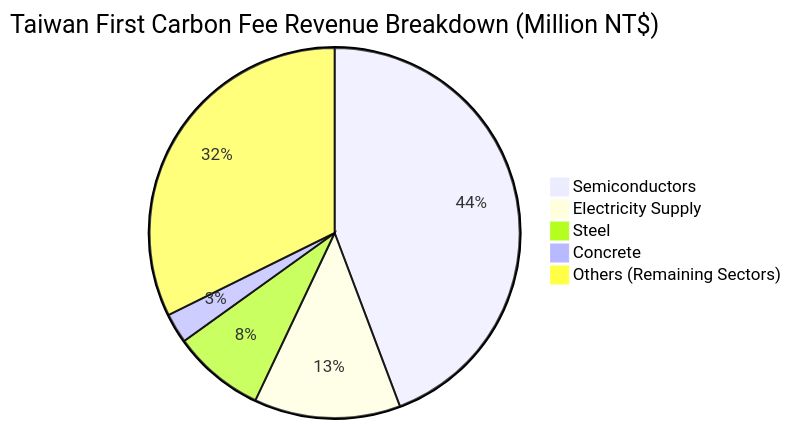
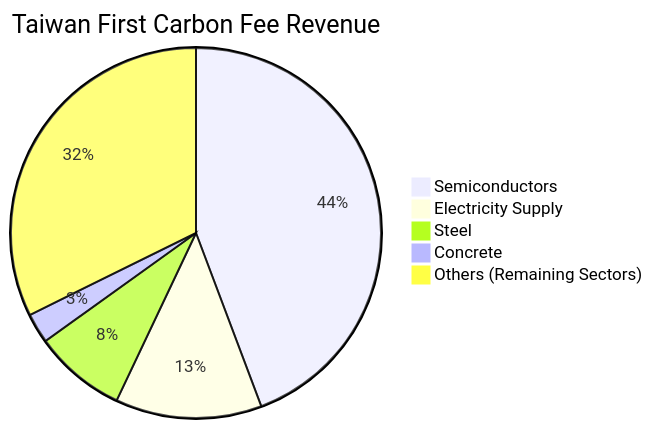
Before and after one commit to oxfordroadmap/llm-wiki.footprints: the diagram in slides/decks/ICE_2026-401.qmd, drawn with Mermaid.

Commit message:
shorten pie title

````diff
--- a/slides/decks/ICE_2026-401.qmd
+++ b/slides/decks/ICE_2026-401.qmd
@@ -83,8 +83,8 @@
 ```{mermaid}
-pie title Taiwan First Carbon Fee Revenue Breakdown (Million NT$)
+pie title Taiwan First Carbon Fee Revenue 
     "Semiconductors" : 2200
     "Electricity Supply" : 635
     "Steel" : 400
     "Concrete" : 130
     "Others (Remaining Sectors)" : 1605
 ```
````
